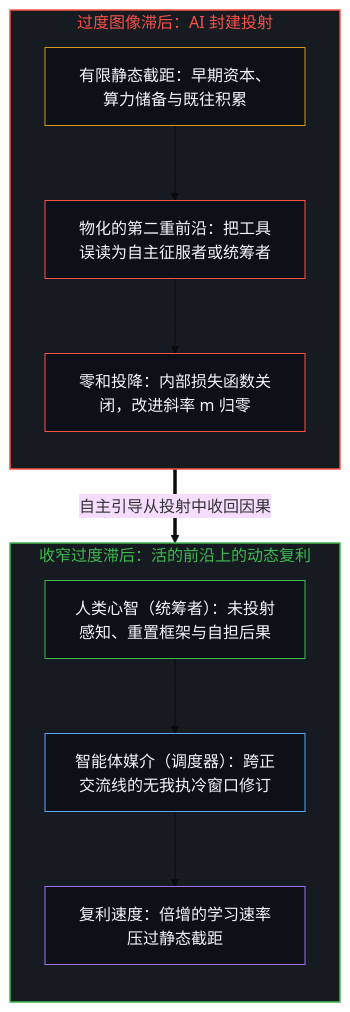
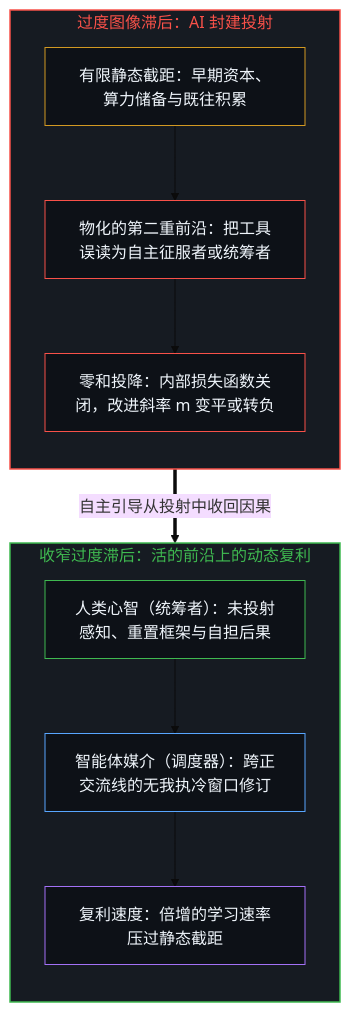
The first of 2 diagrams in content/posts/agency-compounding-and-the-argument-over-ai-feudalism.md (powerpig99/not-a-toe), drawn with Mermaid (base theme) before and after one commit. The commit also changed other lines of this file and 13 other files, not shown here.

````diff
--- a/content/posts/agency-compounding-and-the-argument-over-ai-feudalism.md
+++ b/content/posts/agency-compounding-and-the-argument-over-ai-feudalism.md
@@ -35,26 +35,26 @@
 ```mermaid
 flowchart TD
     subgraph S_Lag["过度图像滞后：AI 封建投射"]
         direction TB
         I1["有限静态截距：早期资本、算力储备与既往积累"]
         I2["物化的第二重前沿：把工具误读为自主征服者或统筹者"]
-        I3["零和投降：内部损失函数关闭，改进斜率 m 归零"]
+        I3["零和投降：内部损失函数关闭，改进斜率 m 变平或转负"]
         I1 --> I2 --> I3
     end
     subgraph S_Rate["收窄过度滞后：活的前沿上的动态复利"]
         direction TB
         R1["人类心智（统筹者）：未投射感知、重置框架与自担后果"]
         R2["智能体媒介（调度器）：跨正交流线的无我执冷窗口修订"]
         R3["复利速度：倍增的学习速率压过静态截距"]
         R1 --> R2 --> R3
     end
     I3 ==>|"自主引导从投射中收回因果"| R1
     style S_Lag fill:#161b22,stroke:#f85149,stroke-width:1.5px,color:#f85149
     style S_Rate fill:#161b22,stroke:#3fb950,stroke-width:1.5px,color:#3fb950
     style I1 fill:#0d1117,stroke:#d29922,stroke-width:1px,color:#f0f6fc
     style I2 fill:#0d1117,stroke:#f85149,stroke-width:1px,color:#f0f6fc
     style I3 fill:#0d1117,stroke:#f85149,stroke-width:1px,color:#f0f6fc
     style R1 fill:#0d1117,stroke:#3fb950,stroke-width:1px,color:#f0f6fc
     style R2 fill:#0d1117,stroke:#58a6ff,stroke-width:1px,color:#f0f6fc
     style R3 fill:#0d1117,stroke:#a371f7,stroke-width:1px,color:#f0f6fc
 ```
````
